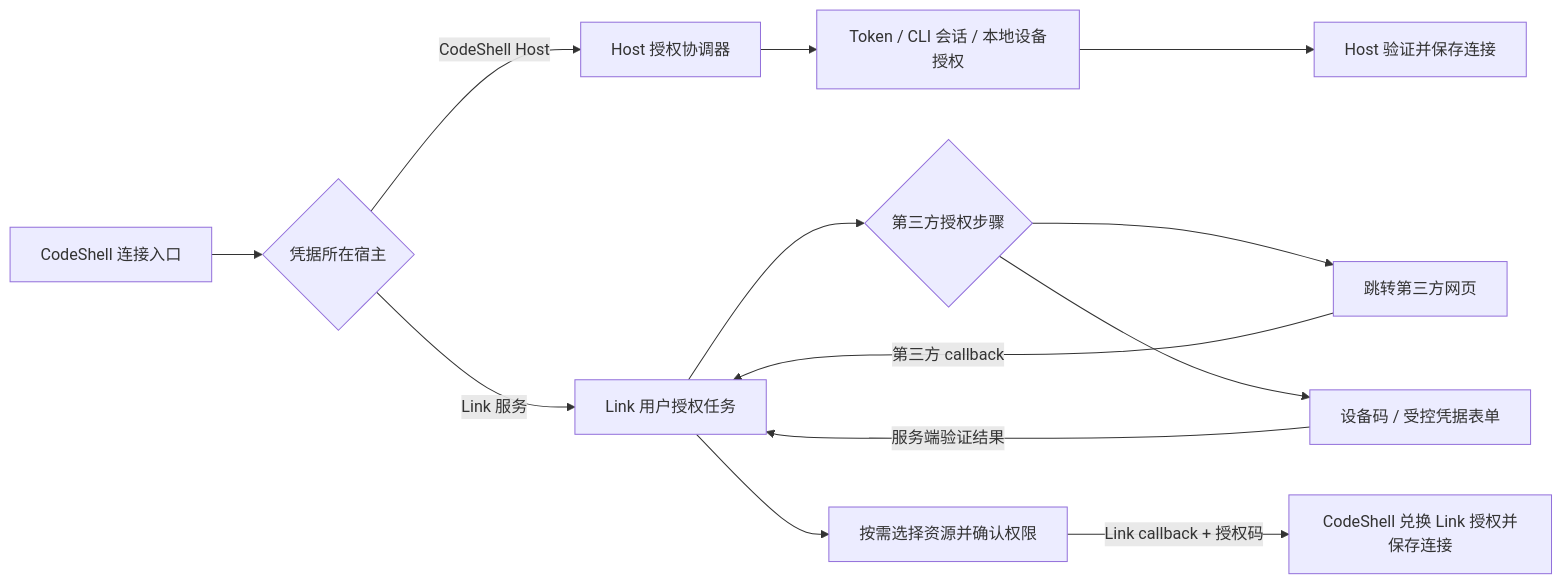
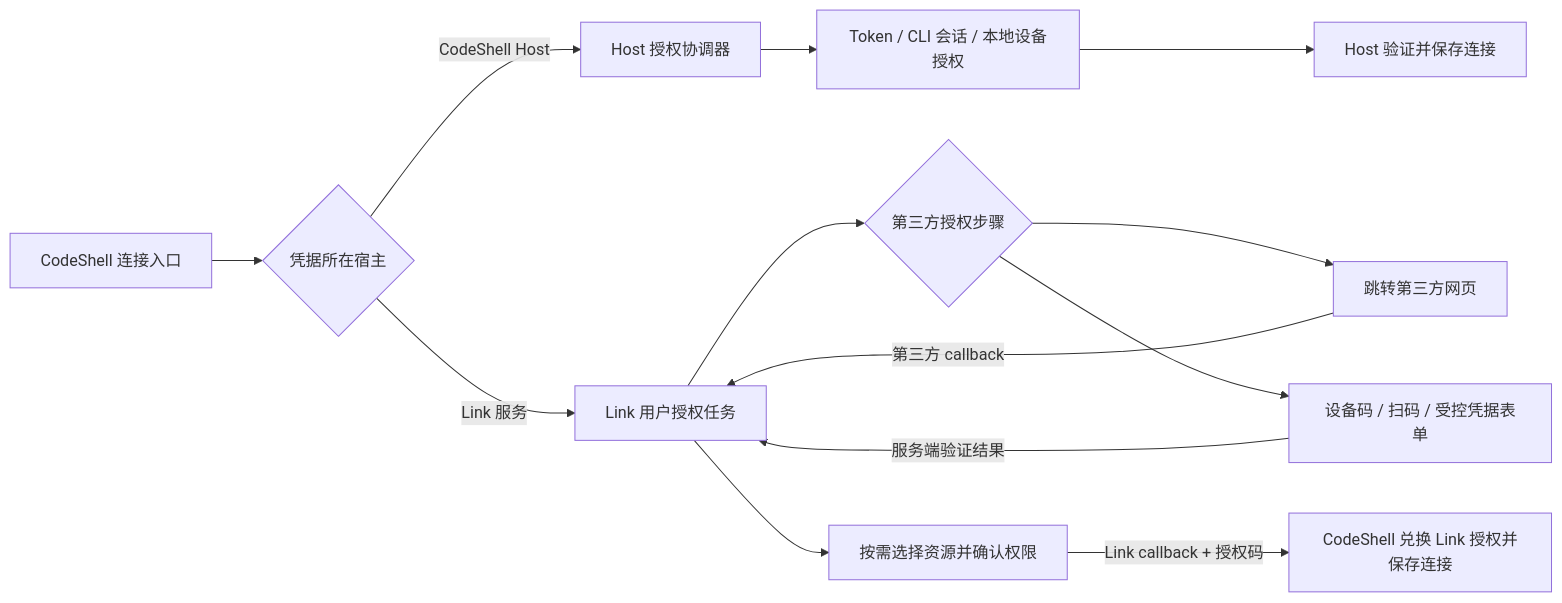
Before and after one commit to cjhyy/codeshell: the diagram in docs/todo/link-authorization-ui-unification.md, drawn with Mermaid. The commit also changed other lines of this file and 1 other file, not shown here.

````diff
--- a/docs/todo/link-authorization-ui-unification.md
+++ b/docs/todo/link-authorization-ui-unification.md
@@ -14,15 +59,15 @@
 ```mermaid
 flowchart LR
   A[CodeShell 连接入口] --> B{凭据所在宿主}
   B -->|CodeShell Host| C[Host 授权协调器]
   C --> D[Token / CLI 会话 / 本地设备授权]
   D --> E[Host 验证并保存连接]
   B -->|Link 服务| F[Link 用户授权任务]
   F --> G{第三方授权步骤}
   G --> H[跳转第三方网页]
   H -->|第三方 callback| F
-  G --> I[设备码 / 受控凭据表单]
+  G --> I[设备码 / 扫码 / 受控凭据表单]
   I -->|服务端验证结果| F
   F --> J[按需选择资源并确认权限]
   J -->|Link callback + 授权码| K[CodeShell 兑换 Link 授权并保存连接]
 ```
````
